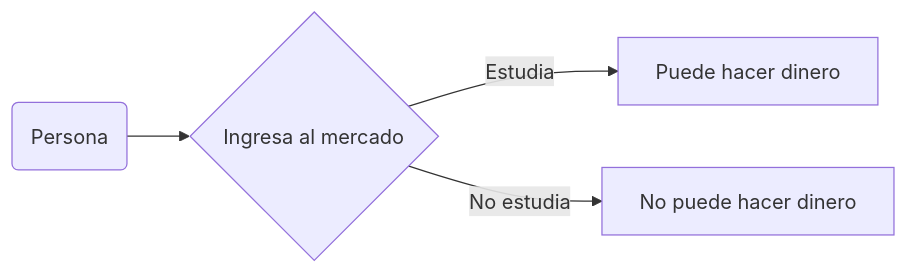
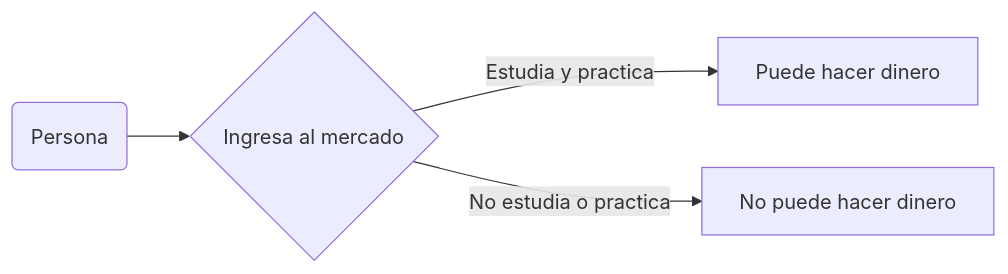
One commit to marcosgal/portal-criptonauta-uno changed the diagram in aportar/despedida-del-autor.md. Above: the diagram before and after it, drawn with Mermaid. The commit also changed other lines of this file, not shown here.

````diff
--- a/aportar/despedida-del-autor.md
+++ b/aportar/despedida-del-autor.md
@@ -32,6 +34,6 @@
 ```mermaid
 graph LR
     A(Persona) --> C{Ingresa al mercado}
-    C -->|Estudia| D[Puede hacer dinero]
-    C -->|No estudia| E[No puede hacer dinero]
+    C -->|Estudia y practica| D[Puede hacer dinero]
+    C -->|No estudia o practica| E[No puede hacer dinero]
 ```
````
